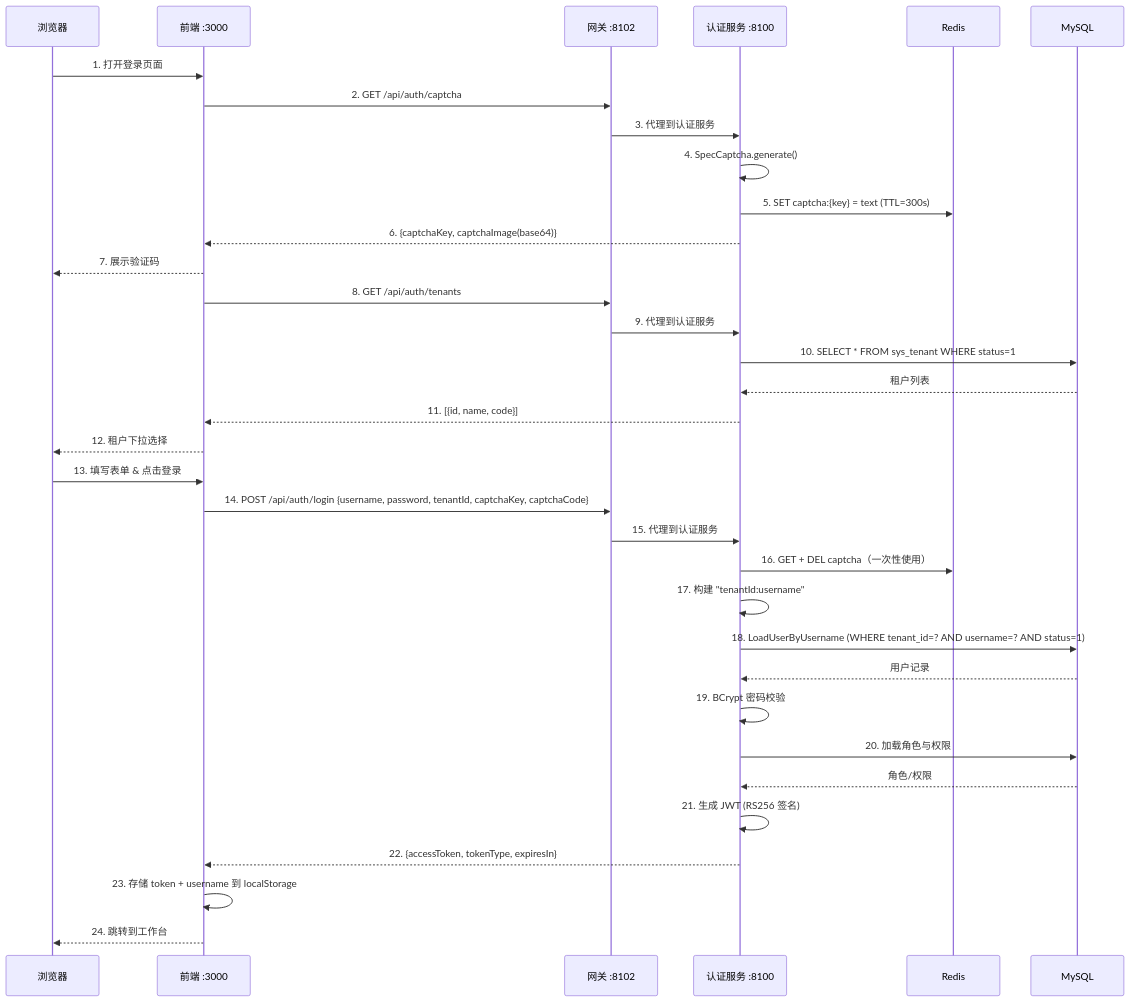
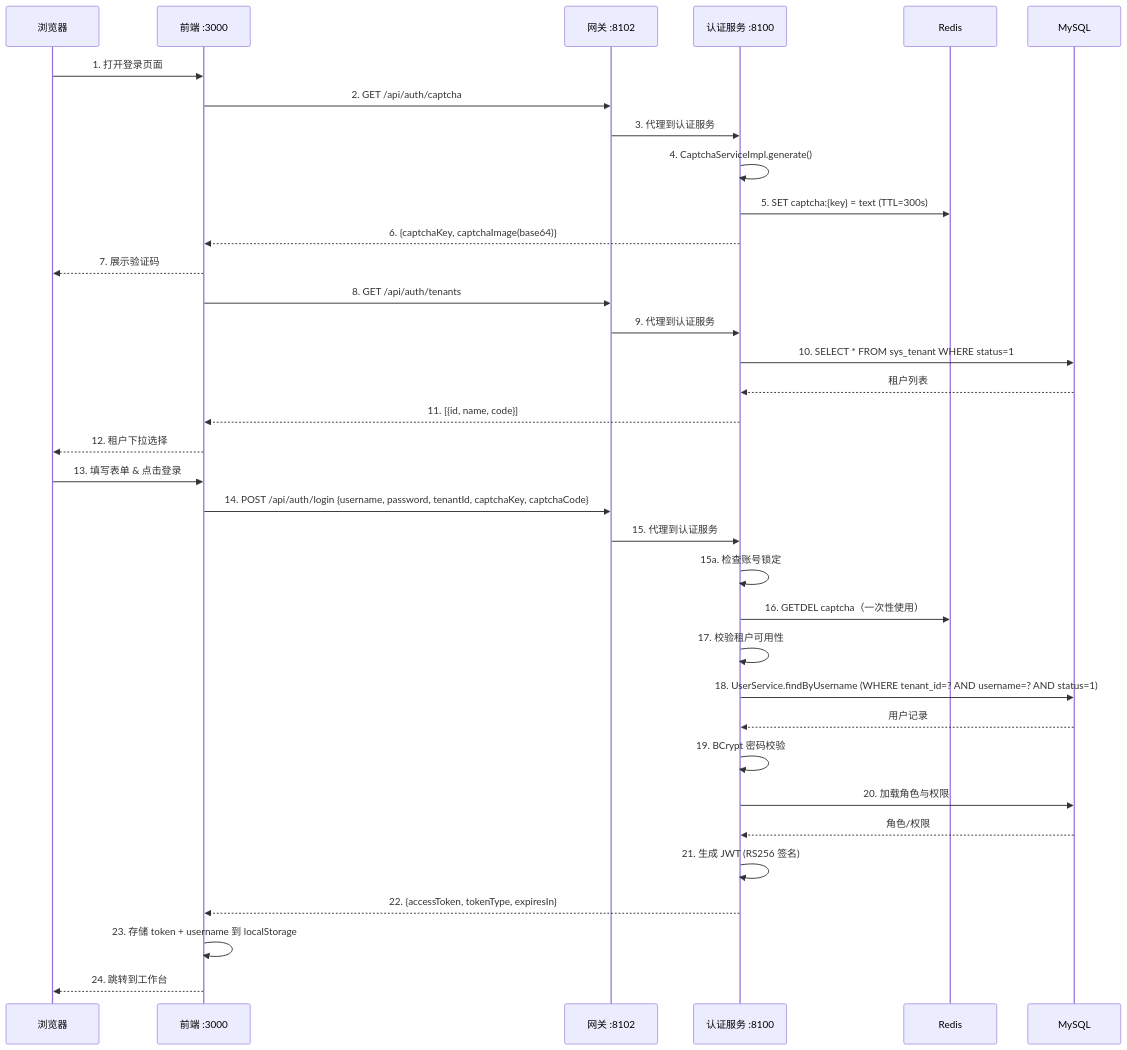
The first of 21 diagrams in docs/core-flows.md (wang-baohai/Omni-Stack), drawn with Mermaid before and after one commit. The commit also changed other lines of this file and 1095 other files, not shown here.

````diff
--- a/docs/core-flows.md
+++ b/docs/core-flows.md
@@ -15,39 +14,40 @@
 ```mermaid
 sequenceDiagram
     participant B as 浏览器
     participant F as 前端 :3000
     participant G as 网关 :8102
     participant A as 认证服务 :8100
     participant R as Redis
     participant M as MySQL
 
     B->>F: 1. 打开登录页面
     F->>G: 2. GET /api/auth/captcha
     G->>A: 3. 代理到认证服务
-    A->>A: 4. SpecCaptcha.generate()
+    A->>A: 4. CaptchaServiceImpl.generate()
     A->>R: 5. SET captcha:{key} = text (TTL=300s)
     A-->>F: 6. {captchaKey, captchaImage(base64)}
     F-->>B: 7. 展示验证码
 
     F->>G: 8. GET /api/auth/tenants
     G->>A: 9. 代理到认证服务
     A->>M: 10. SELECT * FROM sys_tenant WHERE status=1
     M-->>A: 租户列表
     A-->>F: 11. [{id, name, code}]
     F-->>B: 12. 租户下拉选择
 
     B->>F: 13. 填写表单 & 点击登录
     F->>G: 14. POST /api/auth/login {username, password, tenantId, captchaKey, captchaCode}
     G->>A: 15. 代理到认证服务
-    A->>R: 16. GET + DEL captcha（一次性使用）
-    A->>A: 17. 构建 "tenantId:username"
-    A->>M: 18. LoadUserByUsername (WHERE tenant_id=? AND username=? AND status=1)
+    A->>A: 15a. 检查账号锁定
+    A->>R: 16. GETDEL captcha（一次性使用）
+    A->>A: 17. 校验租户可用性
+    A->>M: 18. UserService.findByUsername (WHERE tenant_id=? AND username=? AND status=1)
     M-->>A: 用户记录
     A->>A: 19. BCrypt 密码校验
     A->>M: 20. 加载角色与权限
     M-->>A: 角色/权限
     A->>A: 21. 生成 JWT (RS256 签名)
     A-->>F: 22. {accessToken, tokenType, expiresIn}
     F->>F: 23. 存储 token + username 到 localStorage
     F-->>B: 24. 跳转到工作台
 ```
````
